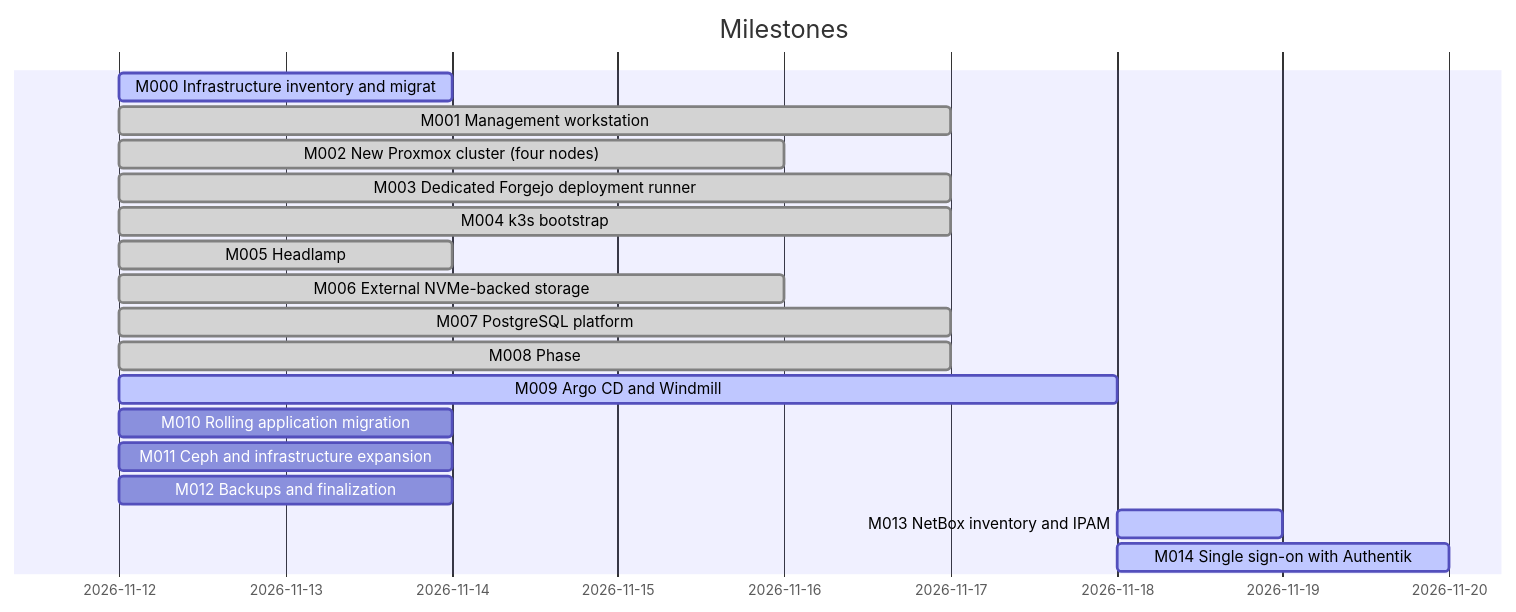
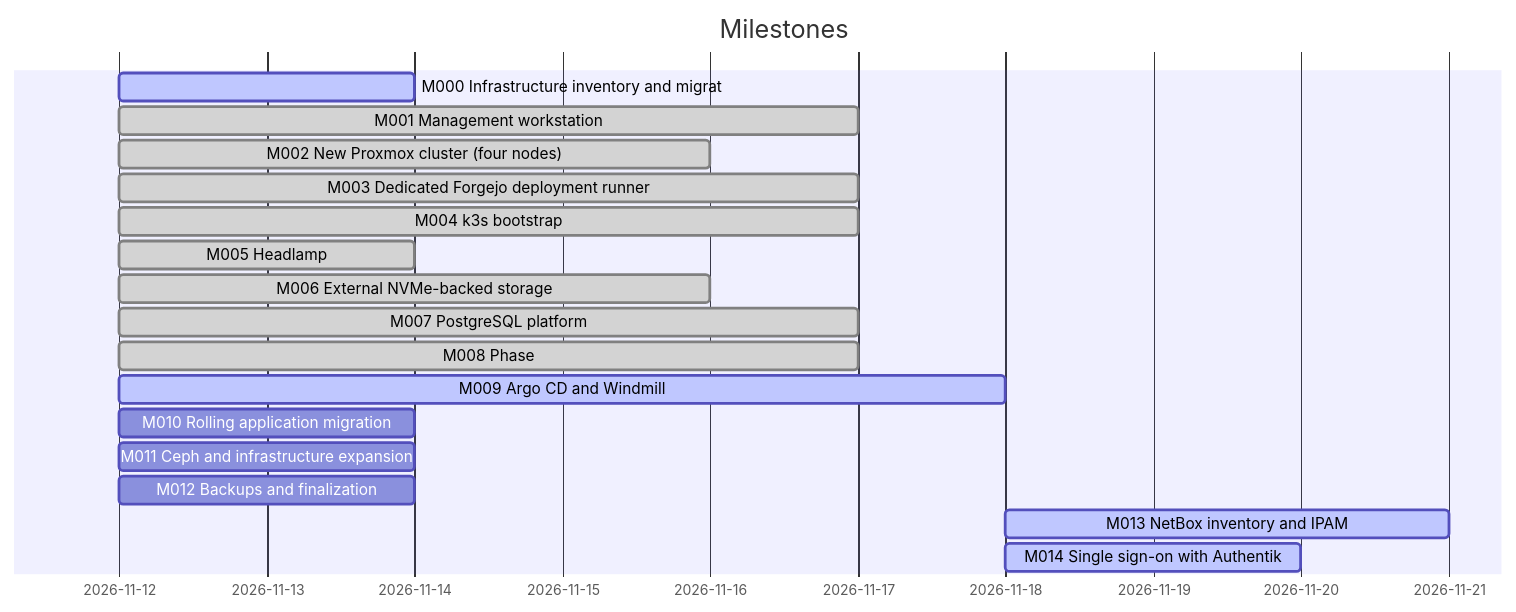
One commit to doku-code/homelab-iac changed the diagram in docs/dashboard.md. Above: the diagram before and after it, drawn with Mermaid. The commit also changed 11 other files, not shown here.

Commit message:
docs(netbox): inventory page generated from NetBox, ADR-018, TASK-030 and M013 evidence

````diff
--- a/docs/dashboard.md
+++ b/docs/dashboard.md
@@ -37,20 +37,20 @@
 ```mermaid
 gantt
     dateFormat YYYY-MM-DD
     title Milestones
     M000 Infrastructure inventory and migrat :active, m000, 2026-11-12, 2026-11-14
     M001 Management workstation :done, m001, 2026-11-12, 2026-11-17
     M002 New Proxmox cluster (four nodes) :done, m002, 2026-11-12, 2026-11-16
     M003 Dedicated Forgejo deployment runner :done, m003, 2026-11-12, 2026-11-17
     M004 k3s bootstrap :done, m004, 2026-11-12, 2026-11-17
     M005 Headlamp :done, m005, 2026-11-12, 2026-11-14
     M006 External NVMe-backed storage :done, m006, 2026-11-12, 2026-11-16
     M007 PostgreSQL platform :done, m007, 2026-11-12, 2026-11-17
     M008 Phase :done, m008, 2026-11-12, 2026-11-17
     M009 Argo CD and Windmill :active, m009, 2026-11-12, 2026-11-18
     M010 Rolling application migration :m010, 2026-11-12, 2026-11-14
     M011 Ceph and infrastructure expansion :m011, 2026-11-12, 2026-11-14
     M012 Backups and finalization :m012, 2026-11-12, 2026-11-14
-    M013 NetBox inventory and IPAM :active, m013, 2026-11-18, 2026-11-19
+    M013 NetBox inventory and IPAM :active, m013, 2026-11-18, 2026-11-21
     M014 Single sign-on with Authentik :active, m014, 2026-11-18, 2026-11-20
 ```
````
